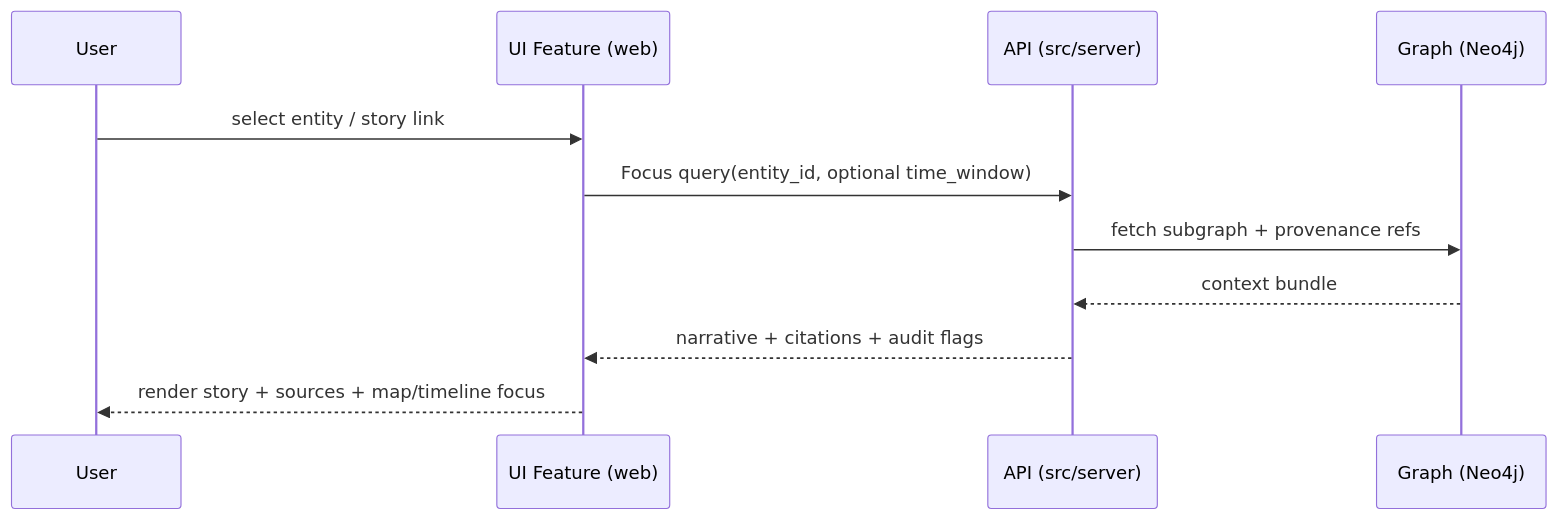
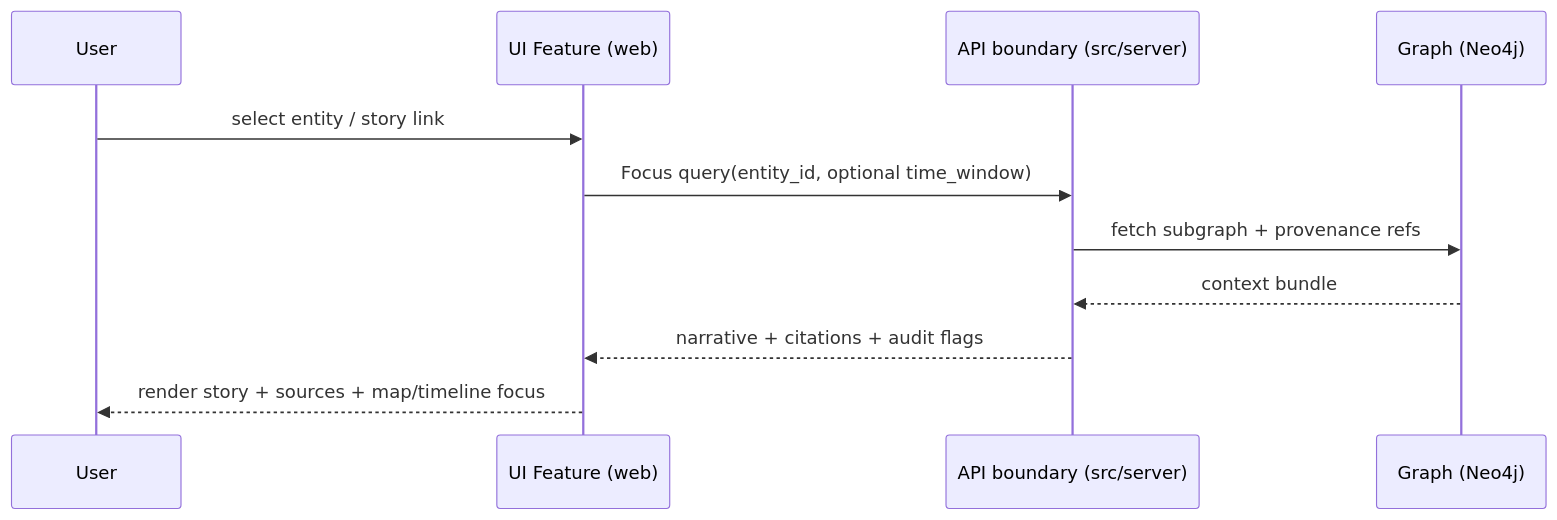
The second of 2 diagrams in web/src/features/README.md (bartytime4life/Kansas-Frontier-Matrix), drawn with Mermaid before and after one commit. The commit also changed other lines of this file, not shown here.

```diff
--- a/web/src/features/README.md
+++ b/web/src/features/README.md
@@ -231,14 +190,14 @@
 ~~~mermaid
 sequenceDiagram
   participant User
   participant UI as UI Feature (web)
-  participant API as API (src/server)
+  participant API as API boundary (src/server)
   participant Graph as Graph (Neo4j)
 
   User->>UI: select entity / story link
   UI->>API: Focus query(entity_id, optional time_window)
   API->>Graph: fetch subgraph + provenance refs
   Graph-->>API: context bundle
   API-->>UI: narrative + citations + audit flags
   UI-->>User: render story + sources + map/timeline focus
 ~~~
```
